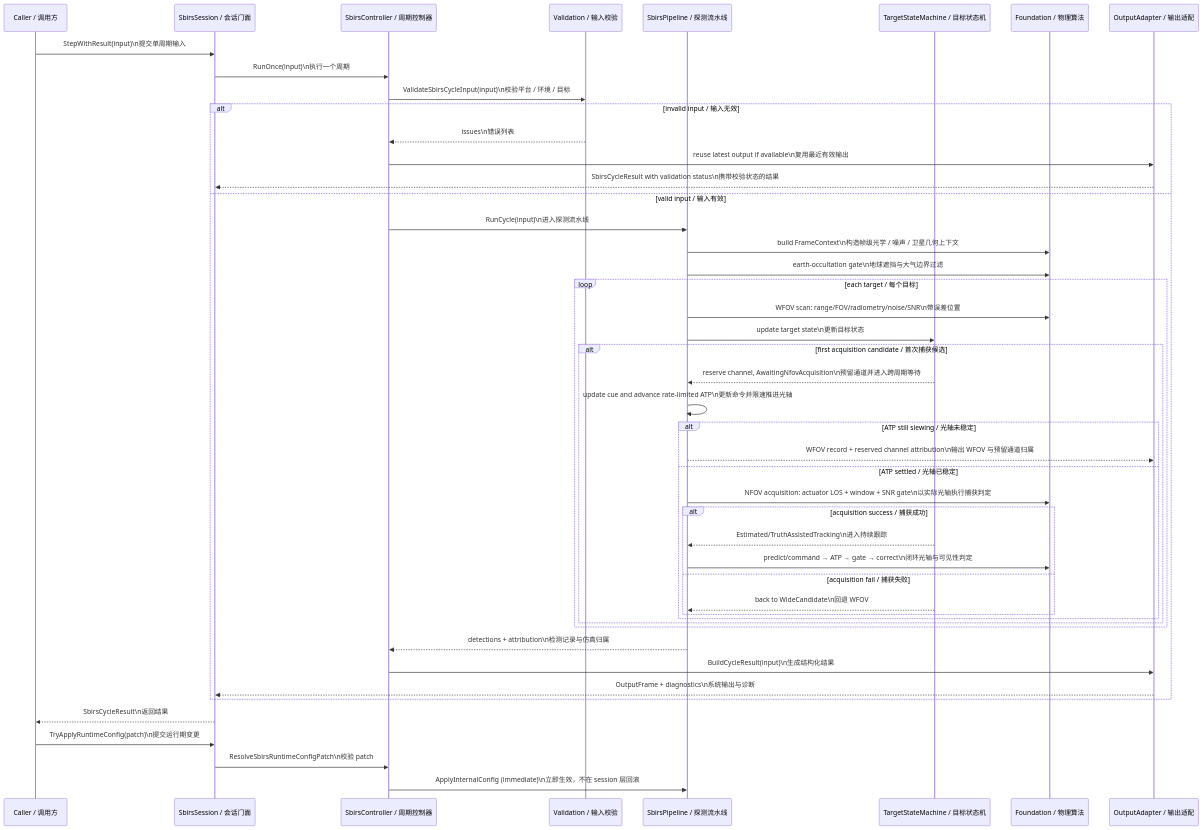
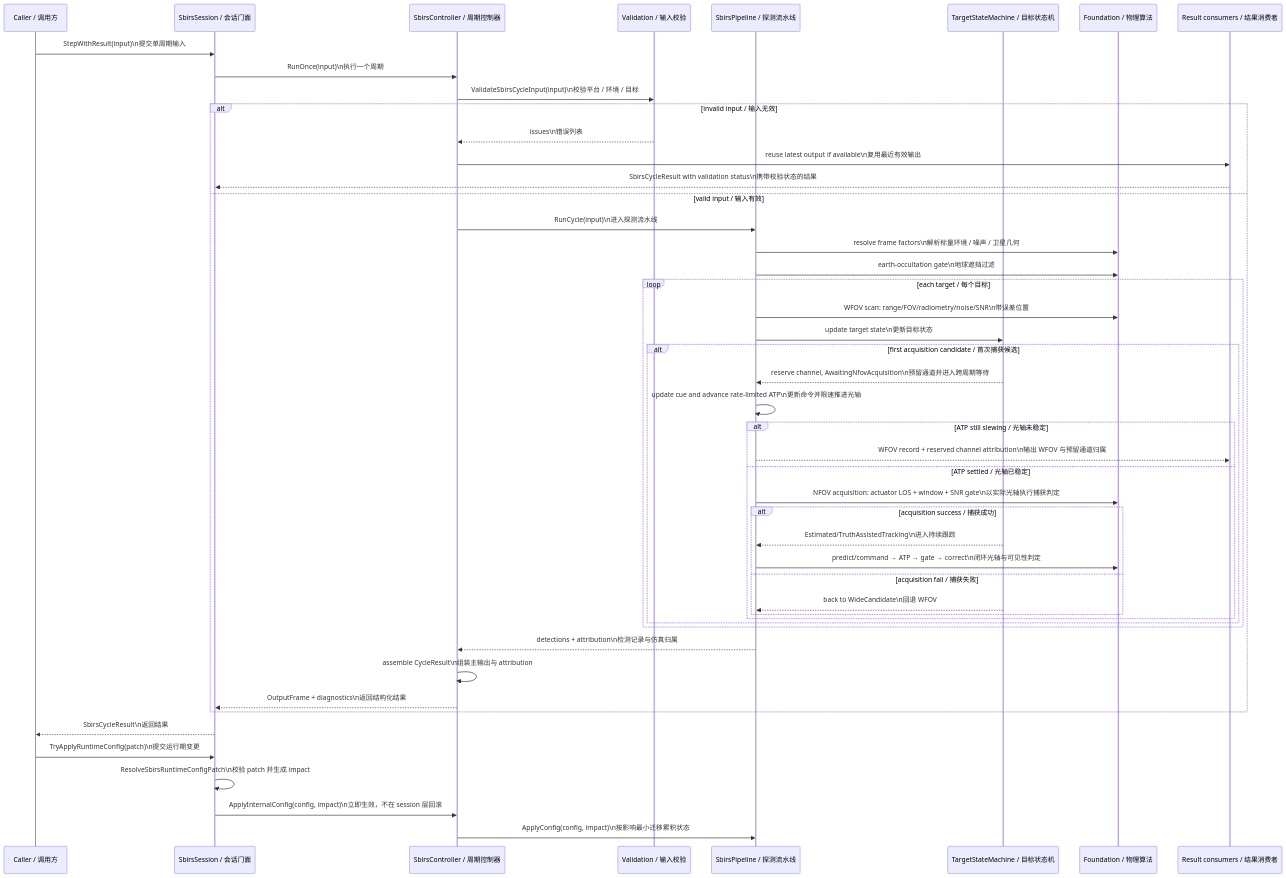
Before and after one commit to boilwater-3/1q: the second of 4 diagrams in docs/space_based_infrared_sensor/design.md, drawn with Mermaid. The commit also changed other lines of this file and 30 other files, not shown here.

Commit message:
feat(sbirs): harden scan and runtime state migration

````diff
--- a/docs/space_based_infrared_sensor/design.md
+++ b/docs/space_based_infrared_sensor/design.md
@@ -176,51 +176,52 @@
 ```mermaid
 sequenceDiagram
   participant Caller as Caller / 调用方
   participant Session as SbirsSession / 会话门面
   participant Controller as SbirsController / 周期控制器
   participant Validator as Validation / 输入校验
   participant Pipeline as SbirsPipeline / 探测流水线
   participant SM as TargetStateMachine / 目标状态机
   participant Physics as Foundation / 物理算法
-  participant Output as OutputAdapter / 输出适配
+  participant Output as Result consumers / 结果消费者
 
   Caller->>Session: StepWithResult(input)\n提交单周期输入
   Session->>Controller: RunOnce(input)\n执行一个周期
   Controller->>Validator: ValidateSbirsCycleInput(input)\n校验平台 / 环境 / 目标
   alt invalid input / 输入无效
     Validator-->>Controller: issues\n错误列表
     Controller->>Output: reuse latest output if available\n复用最近有效输出
     Output-->>Session: SbirsCycleResult with validation status\n携带校验状态的结果
   else valid input / 输入有效
     Controller->>Pipeline: RunCycle(input)\n进入探测流水线
-    Pipeline->>Physics: build FrameContext\n构造帧级光学 / 噪声 / 卫星几何上下文
-    Pipeline->>Physics: earth-occultation gate\n地球遮挡与大气边界过滤
+    Pipeline->>Physics: resolve frame factors\n解析标量环境 / 噪声 / 卫星几何
+    Pipeline->>Physics: earth-occultation gate\n地球遮挡过滤
     loop each target / 每个目标
       Pipeline->>Physics: WFOV scan: range/FOV/radiometry/noise/SNR\n带误差位置
       Pipeline->>SM: update target state\n更新目标状态
       alt first acquisition candidate / 首次捕获候选
         SM-->>Pipeline: reserve channel, AwaitingNfovAcquisition\n预留通道并进入跨周期等待
         Pipeline->>Pipeline: update cue and advance rate-limited ATP\n更新命令并限速推进光轴
         alt ATP still slewing / 光轴未稳定
           Pipeline-->>Output: WFOV record + reserved channel attribution\n输出 WFOV 与预留通道归属
         else ATP settled / 光轴已稳定
           Pipeline->>Physics: NFOV acquisition: actuator LOS + window + SNR gate\n以实际光轴执行捕获判定
         alt acquisition success / 捕获成功
           SM-->>Pipeline: Estimated/TruthAssistedTracking\n进入持续跟踪
           Pipeline->>Physics: predict/command → ATP → gate → correct\n闭环光轴与可见性判定
         else acquisition fail / 捕获失败
           SM-->>Pipeline: back to WideCandidate\n回退 WFOV
         end
         end
       end
     end
     Pipeline-->>Controller: detections + attribution\n检测记录与仿真归属
-    Controller->>Output: BuildCycleResult(input)\n生成结构化结果
-    Output-->>Session: OutputFrame + diagnostics\n系统输出与诊断
+    Controller->>Controller: assemble CycleResult\n组装主输出与 attribution
+    Controller-->>Session: OutputFrame + diagnostics\n返回结构化结果
   end
   Session-->>Caller: SbirsCycleResult\n返回结果
 
   Caller->>Session: TryApplyRuntimeConfig(patch)\n提交运行期变更
-  Session->>Controller: ResolveSbirsRuntimeConfigPatch\n校验 patch
-  Controller->>Pipeline: ApplyInternalConfig (immediate)\n立即生效，不在 session 层回滚
+  Session->>Session: ResolveSbirsRuntimeConfigPatch\n校验 patch 并生成 impact
+  Session->>Controller: ApplyInternalConfig(config, impact)\n立即生效，不在 session 层回滚
+  Controller->>Pipeline: ApplyConfig(config, impact)\n按影响最小迁移累积状态
 ```
````
